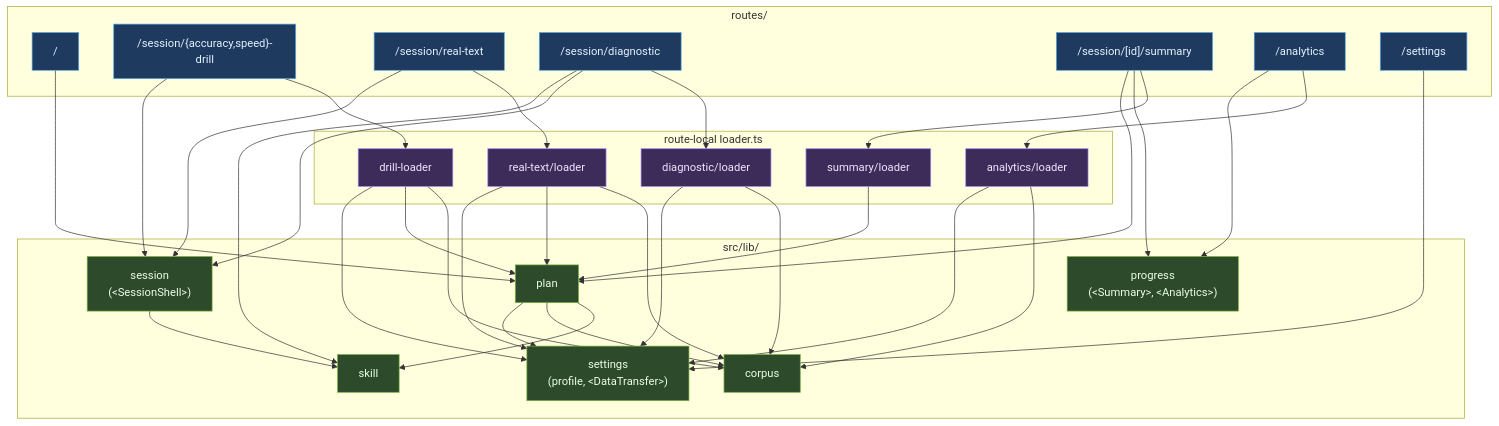
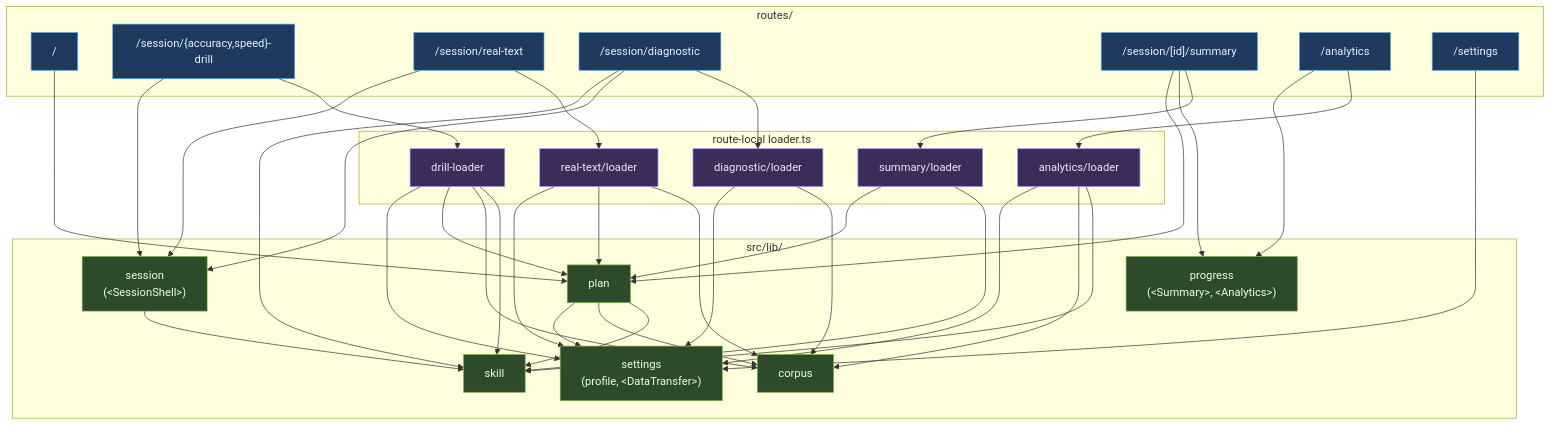
One commit to Alounv/typing-trainer changed the diagram in ARCHITECTURE.md. Above: the diagram before and after it, drawn with Mermaid. The commit also changed other lines of this file and 25 other files, not shown here.

````diff
--- a/ARCHITECTURE.md
+++ b/ARCHITECTURE.md
@@ -44,72 +45,76 @@
 ```mermaid
 flowchart TB
     subgraph Routes["routes/"]
         R_Dash["/"]
         R_Drill["/session/{accuracy,speed}-drill"]
         R_Real["/session/real-text"]
         R_Diag["/session/diagnostic"]
         R_Summ["/session/[id]/summary"]
         R_Ana["/analytics"]
         R_Set["/settings"]
     end
 
     subgraph Loaders["route-local loader.ts"]
         L_Drill["drill-loader"]
         L_Real["real-text/loader"]
         L_Diag["diagnostic/loader"]
         L_Summ["summary/loader"]
         L_Ana["analytics/loader"]
     end
 
     subgraph Domains["src/lib/"]
         D_Corpus["corpus"]
         D_Plan["plan"]
         D_Skill["skill"]
         D_Session["session<br/>(&lt;SessionShell&gt;)"]
         D_Progress["progress<br/>(&lt;Summary&gt;, &lt;Analytics&gt;)"]
         D_Settings["settings<br/>(profile, &lt;DataTransfer&gt;)"]
     end
 
     %% Routes → loaders (orchestration) and components.
     R_Dash --> D_Plan
     R_Drill --> L_Drill
     R_Drill --> D_Session
     R_Real --> L_Real
     R_Real --> D_Session
     R_Diag --> L_Diag
     R_Diag --> D_Session
     R_Diag --> D_Skill
     R_Summ --> L_Summ
     R_Summ --> D_Progress
     R_Summ --> D_Plan
     R_Ana --> L_Ana
     R_Ana --> D_Progress
     R_Set --> D_Settings
 
-    %% Loaders compose domains.
+    %% Loaders compose domains. Every loader that reads history also depends on
+    %% Skill, because stored rows have to be hydrated into measurements.
+    L_Drill --> D_Skill
+    L_Summ --> D_Skill
+    L_Ana --> D_Skill
     L_Drill --> D_Corpus
     L_Drill --> D_Plan
     L_Drill --> D_Settings
     L_Real --> D_Corpus
     L_Real --> D_Plan
     L_Real --> D_Settings
     L_Diag --> D_Corpus
     L_Diag --> D_Settings
     L_Summ --> D_Plan
     L_Ana --> D_Corpus
     L_Ana --> D_Settings
 
     %% Domain → domain edges (all point toward Skill or Corpus).
     D_Plan --> D_Skill
     D_Plan --> D_Corpus
     D_Plan --> D_Settings
     D_Session --> D_Skill
 
     classDef route fill:#1e3a5f,stroke:#5aa9e6,color:#e6f2ff
     classDef loader fill:#3d2b5a,stroke:#a78bfa,color:#f0e6ff
     classDef domain fill:#2d4a2b,stroke:#7cb342,color:#eaffea
 
     class R_Dash,R_Drill,R_Real,R_Diag,R_Summ,R_Ana,R_Set route
     class L_Drill,L_Real,L_Diag,L_Summ,L_Ana loader
     class D_Corpus,D_Plan,D_Session,D_Skill,D_Progress,D_Settings domain
 ```
````
